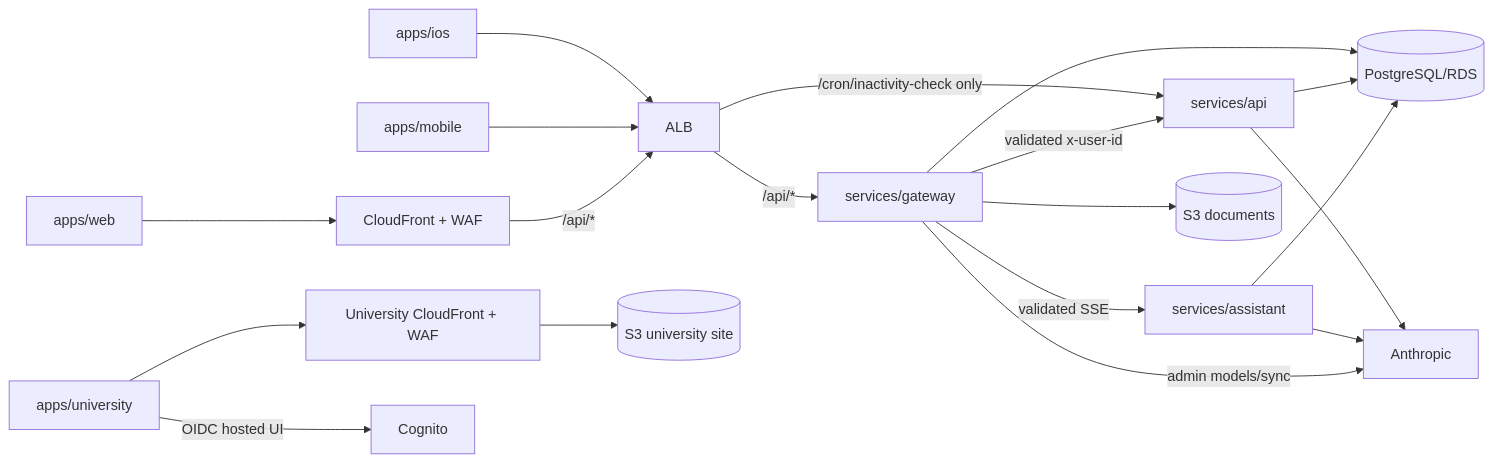
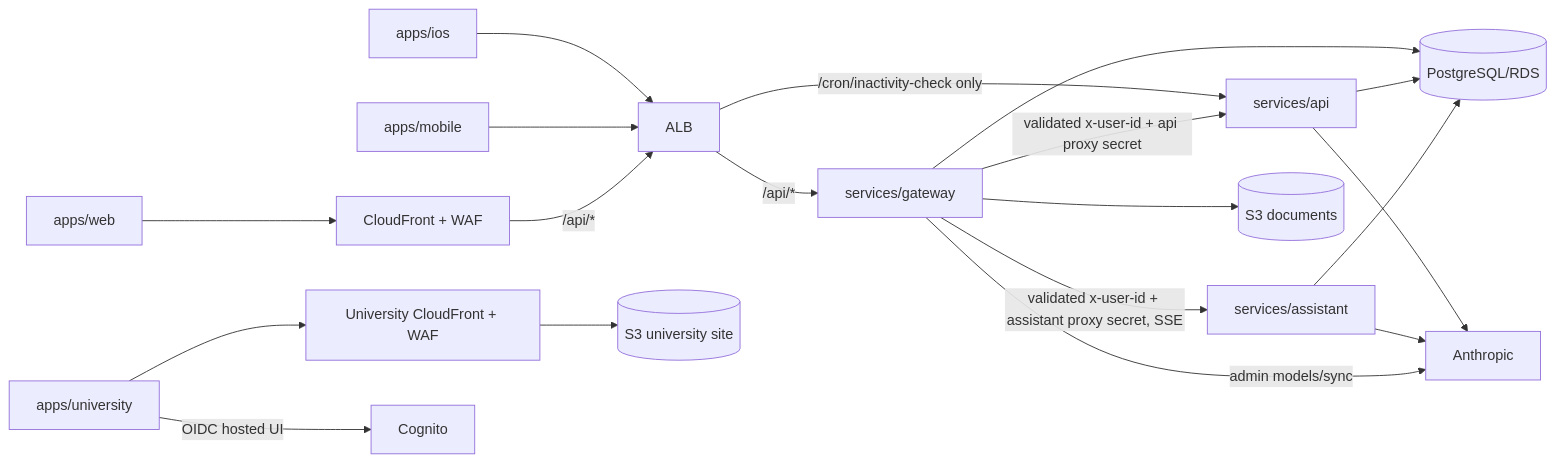
The diagram in .kiro/skills/architecture-trace/references/system-map.md (reddy-sh/pattadar-platform), drawn with Mermaid before and after one commit. The commit also changed other lines of this file and 86 other files, not shown here.

````diff
--- a/.kiro/skills/architecture-trace/references/system-map.md
+++ b/.kiro/skills/architecture-trace/references/system-map.md
@@ -28,17 +30,17 @@
 ```mermaid
 flowchart LR
   WEB[apps/web] --> EDGE[CloudFront + WAF]
   IOS[apps/ios] --> ALB[ALB]
   MOB[apps/mobile] --> ALB
   UNI[apps/university] --> UEDGE[University CloudFront + WAF] --> USITE[(S3 university site)]
   UNI -->|OIDC hosted UI| COG[Cognito]
   EDGE -->|/api/*| ALB
   ALB -->|/api/*| GW[services/gateway]
   ALB -->|/cron/inactivity-check only| API[services/api]
-  GW -->|validated x-user-id| API
-  GW -->|validated SSE| AST[services/assistant]
+  GW -->|validated x-user-id + api proxy secret| API
+  GW -->|validated x-user-id + assistant proxy secret, SSE| AST[services/assistant]
   GW --> S3[(S3 documents)]
   GW & API & AST --> PG[(PostgreSQL/RDS)]
   API & AST --> ANT[Anthropic]
   GW -->|admin models/sync| ANT
 ```
````
